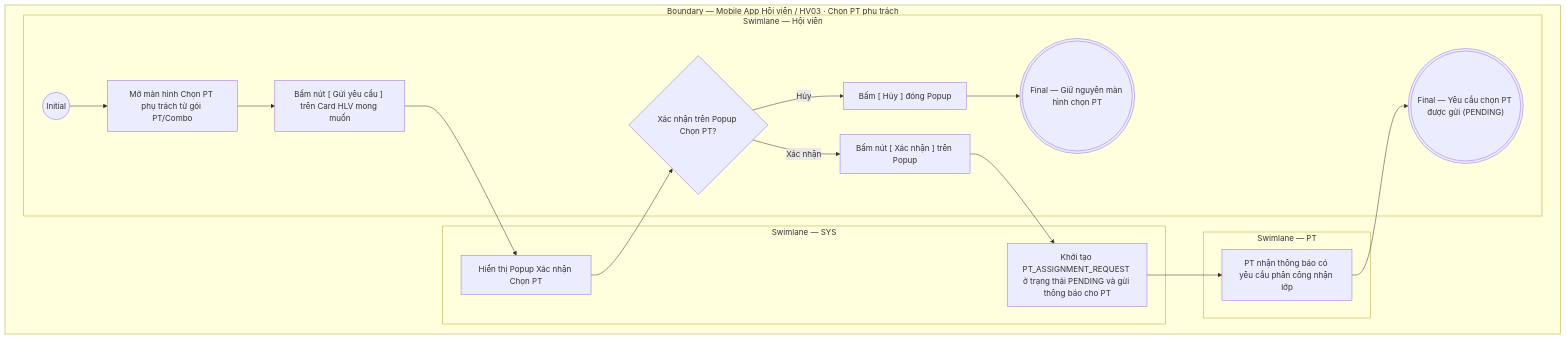
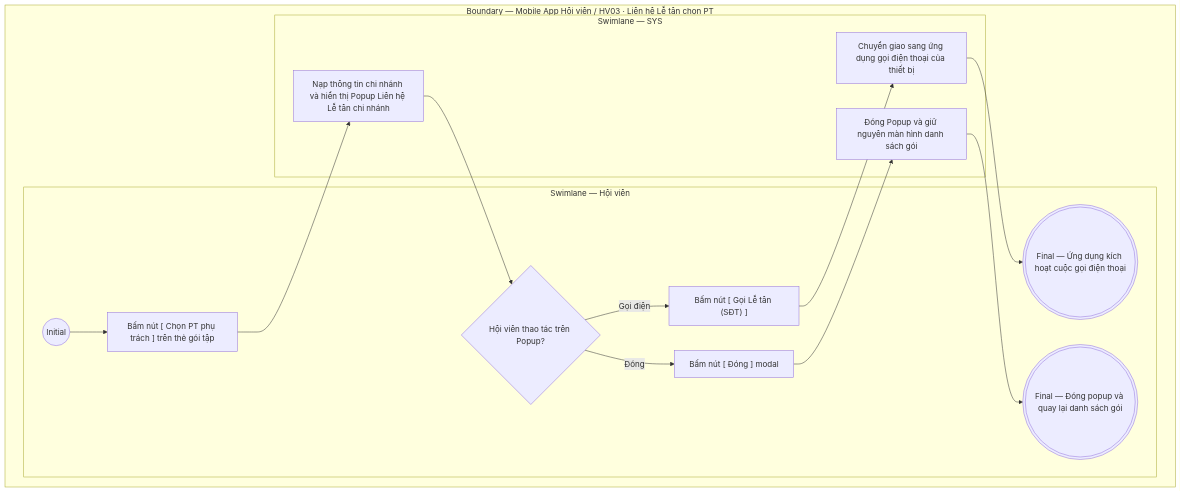
The diagram in docs/user-stories/hoi-vien/HV03-Gói của tôi/HV03-US04-Chọn PT và gửi yêu cầu phân công.md (ThachY-23120411/Paradise-Gym-v2), drawn with Mermaid before and after one commit. The commit also changed other lines of this file and 294 other files, not shown here.

````diff
--- a/docs/user-stories/hoi-vien/HV03-Gói của tôi/HV03-US04-Chọn PT và gửi yêu cầu phân công.md
+++ b/docs/user-stories/hoi-vien/HV03-Gói của tôi/HV03-US04-Chọn PT và gửi yêu cầu phân công.md
@@ -62,32 +51,30 @@
 ```mermaid
 flowchart TB
-  subgraph B["Boundary — Mobile App Hội viên / HV03 · Chọn PT phụ trách"]
+  subgraph B["Boundary — Mobile App Hội viên / HV03 · Liên hệ Lễ tân chọn PT"]
     subgraph L0["Swimlane — Hội viên"]
       I01(("Initial"))
-      A01["Mở màn hình Chọn PT phụ trách từ gói PT/Combo"]
-      A02["Bấm nút [ Gửi yêu cầu ] trên Card HLV mong muốn"]
-      D01{"Xác nhận trên Popup Chọn PT?"}
-      A03["Bấm nút [ Xác nhận ] trên Popup"]
-      E01["Bấm [ Hủy ] đóng Popup"]
-      F01((("Final — Yêu cầu chọn PT được gửi (PENDING)")))
-      F02((("Final — Giữ nguyên màn hình chọn PT")))
-
-      I01 --> A01
-      A01 --> A02
-      D01 -->|Xác nhận| A03
-      D01 -->|Hủy| E01 --> F02
+      A01["Bấm nút [ Chọn PT phụ trách ] trên thẻ gói tập"]
+      D01{"Hội viên thao tác trên Popup?"}
+      A02["Bấm nút [ Gọi Lễ tân (SĐT) ]"]
+      A03["Bấm nút [ Đóng ] modal"]
+      F01((("Final — Ứng dụng kích hoạt cuộc gọi điện thoại")))
+      F02((("Final — Đóng popup và quay lại danh sách gói")))
     end
 
-    subgraph L1["Swimlane — PT"]
-      P01["PT nhận thông báo có yêu cầu phân công nhận lớp"]
+    subgraph L1["Swimlane — SYS"]
+      S01["Nạp thông tin chi nhánh và hiển thị Popup Liên hệ Lễ tân chi nhánh"]
+      S02["Chuyển giao sang ứng dụng gọi điện thoại của thiết bị"]
+      S03["Đóng Popup và giữ nguyên màn hình danh sách gói"]
     end
 
-    subgraph L2["Swimlane — SYS"]
-      S01["Hiển thị Popup Xác nhận Chọn PT"]
-      S02["Khởi tạo PT_ASSIGNMENT_REQUEST ở trạng thái PENDING và gửi thông báo cho PT"]
-
-      A02 --> S01 --> D01
-      A03 --> S02 --> P01 --> F01
-    end
+    I01 --> A01
+    A01 --> S01
+    S01 --> D01
+    D01 -->|Gọi điện| A02
+    A02 --> S02
+    S02 --> F01
+    D01 -->|Đóng| A03
+    A03 --> S03
+    S03 --> F02
   end
 ```
````
